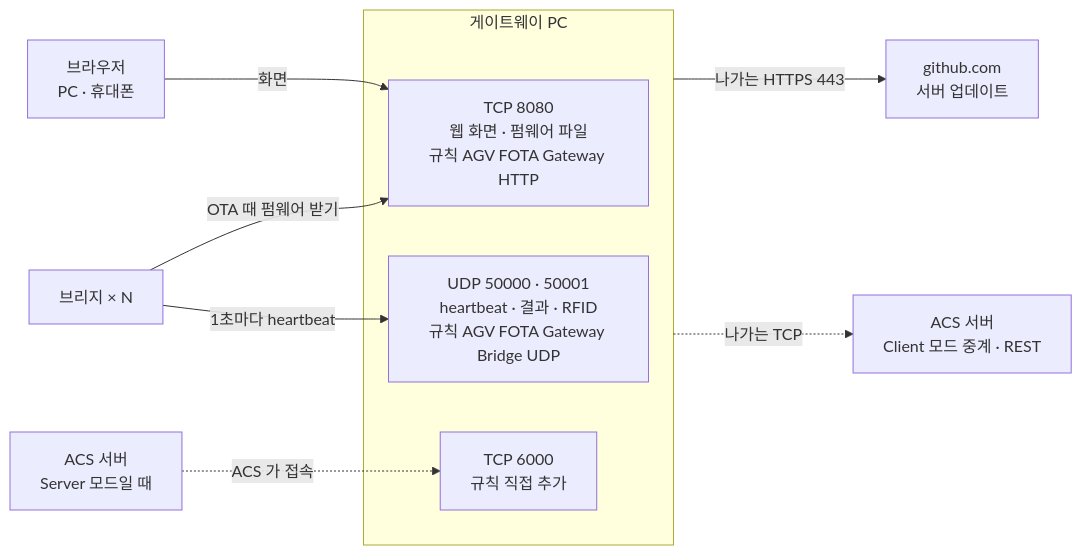
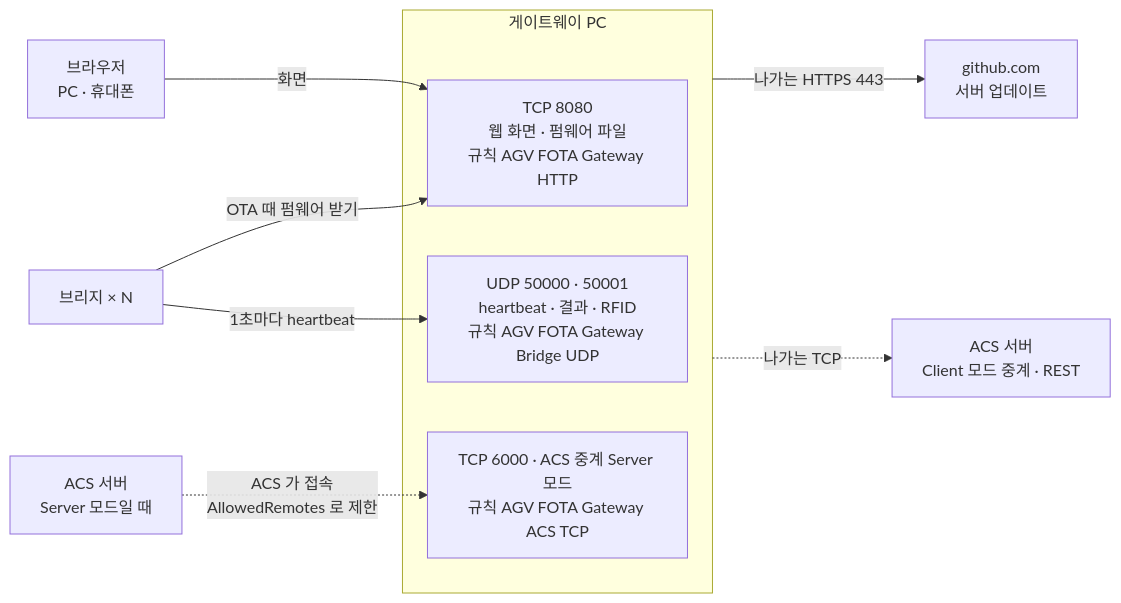
The diagram in docs/diagrams/deploy-ports.mmd (Leepy0/AGV_FOTA_GATEWAY), drawn with Mermaid before and after one commit. The commit also changed 34 other files, not shown here.

```diff
--- a/docs/diagrams/deploy-ports.mmd
+++ b/docs/diagrams/deploy-ports.mmd
@@ -1,17 +1,17 @@
 flowchart LR
   B["브라우저<br/>PC · 휴대폰"]
   E["브리지 × N"]
   S1["ACS 서버<br/>Server 모드일 때"]
   subgraph PC["게이트웨이 PC"]
     H["TCP 8080<br/>웹 화면 · 펌웨어 파일<br/>규칙 AGV FOTA Gateway HTTP"]
     U["UDP 50000 · 50001<br/>heartbeat · 결과 · RFID<br/>규칙 AGV FOTA Gateway Bridge UDP"]
-    A["TCP 6000<br/>규칙 직접 추가"]
+    A["TCP 6000 · ACS 중계 Server 모드<br/>규칙 AGV FOTA Gateway ACS TCP"]
   end
   G["github.com<br/>서버 업데이트"]
   S2["ACS 서버<br/>Client 모드 중계 · REST"]
   B -->|"화면"| H
   E -->|"OTA 때 펌웨어 받기"| H
   E -->|"1초마다 heartbeat"| U
-  S1 -.->|"ACS 가 접속"| A
+  S1 -.->|"ACS 가 접속<br/>AllowedRemotes 로 제한"| A
   PC -->|"나가는 HTTPS 443"| G
   PC -.->|"나가는 TCP"| S2
```
